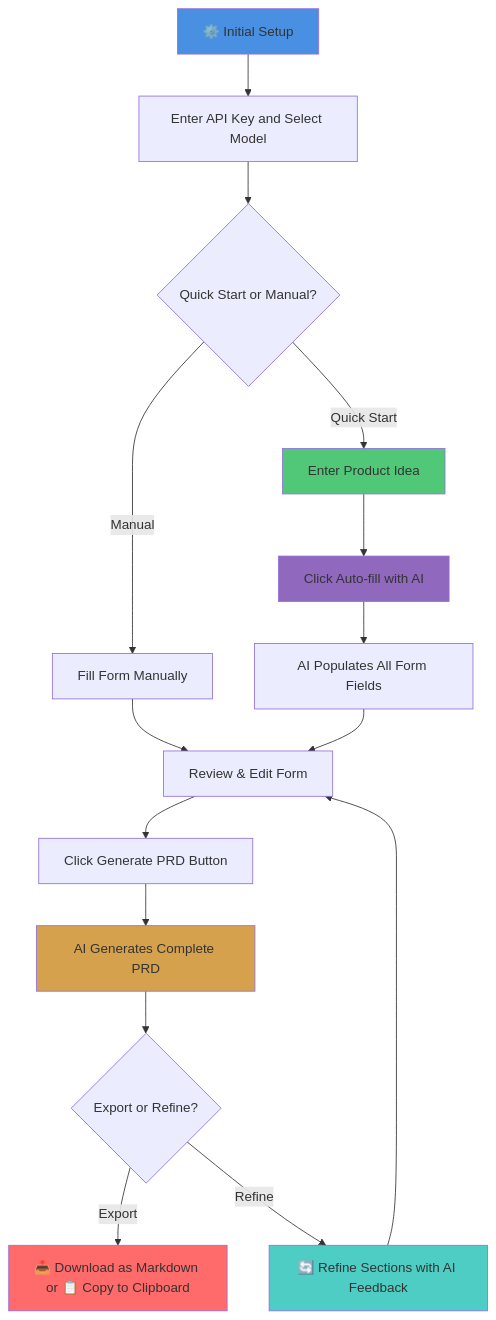
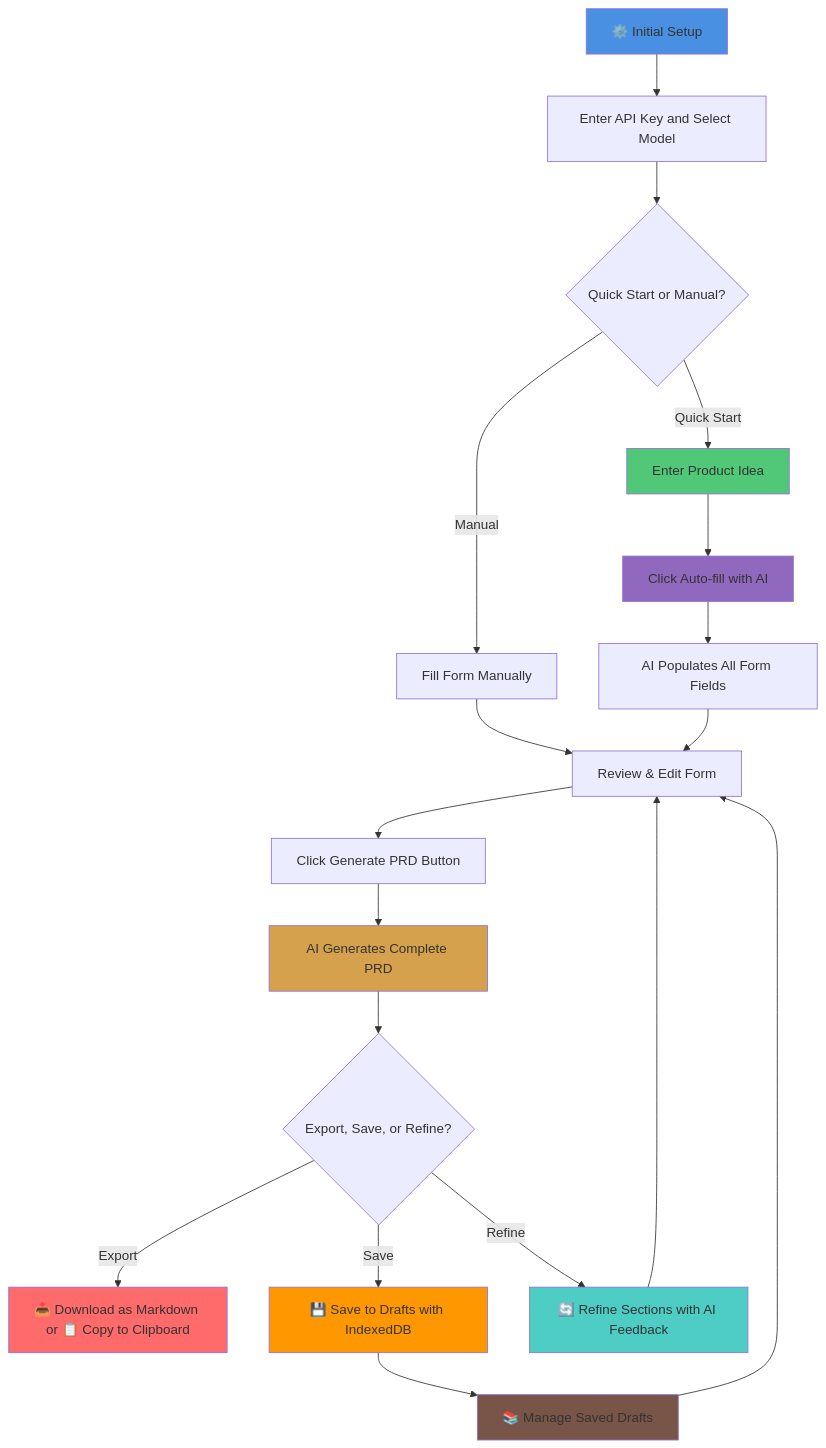
The diagram in README.md (AungMyoKyaw/prd-creator), drawn with Mermaid before and after one commit. The commit also changed other lines of this file, not shown here.

````diff
--- a/README.md
+++ b/README.md
@@ -104,23 +106,28 @@
 ```mermaid
 flowchart TD
     A[⚙️ Initial Setup] --> B[Enter API Key and Select Model]
     B --> C{Quick Start or Manual?}
     C -->|Quick Start| D[Enter Product Idea]
     C -->|Manual| E[Fill Form Manually]
     D --> F[Click Auto-fill with AI]
     E --> G[Review & Edit Form]
     F --> H[AI Populates All Form Fields]
     H --> G
     G --> I[Click Generate PRD Button]
     I --> J[AI Generates Complete PRD]
-    J --> K{Export or Refine?}
+    J --> K{Export, Save, or Refine?}
     K -->|Export| L[📥 Download as Markdown or 📋 Copy to Clipboard]
+    K -->|Save| N[💾 Save to Drafts with IndexedDB]
     K -->|Refine| M[🔄 Refine Sections with AI Feedback]
+    N --> O[📚 Manage Saved Drafts]
+    O --> G
     M --> G
     style A fill:#4A90E2
     style D fill:#50C878
     style F fill:#9068BE
     style J fill:#D6A14D
     style L fill:#FF6B6B
     style M fill:#4ECDC4
+    style N fill:#FF9800
+    style O fill:#795548
 ```
````
